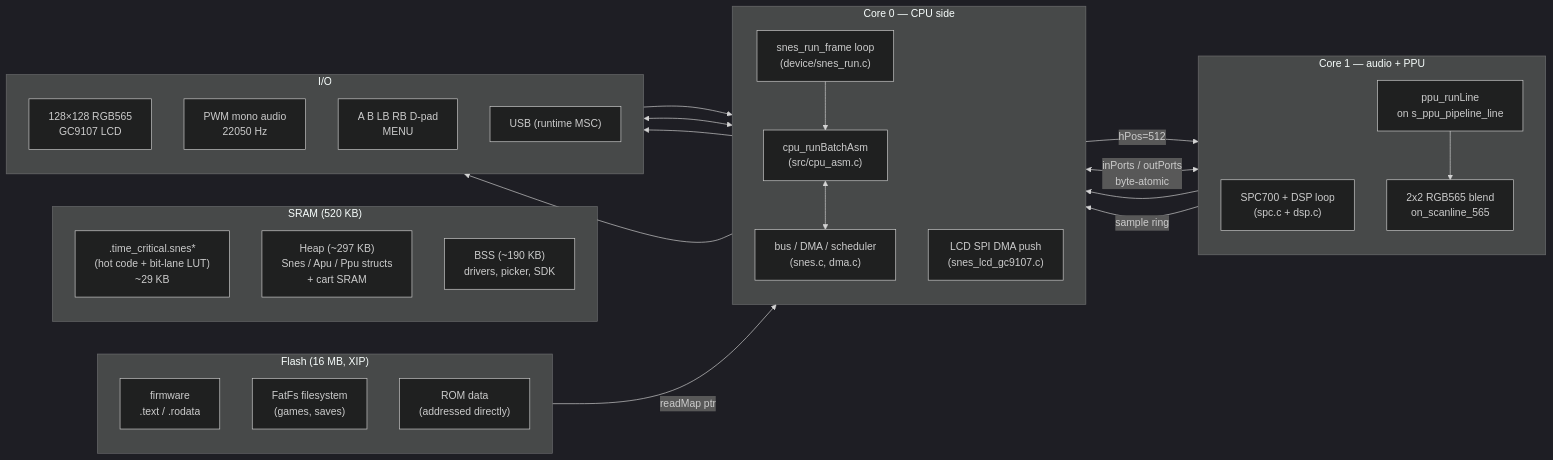
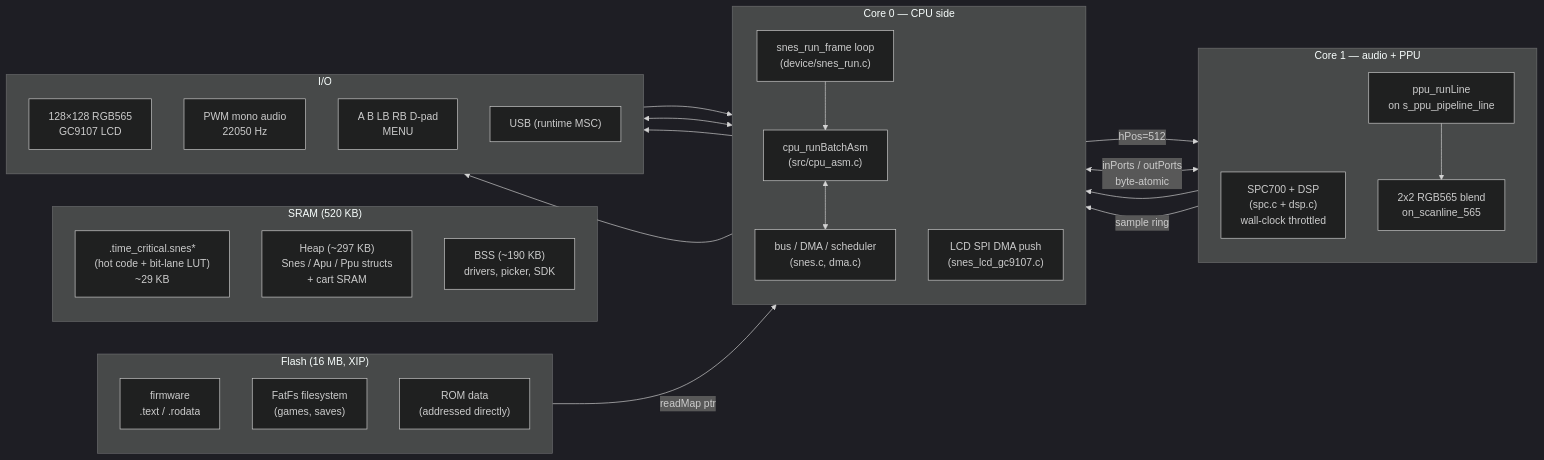
The first of 2 diagrams in README.md (austinio7116/ThumbySNES), drawn with Mermaid (dark theme) before and after one commit. The commit also changed other lines of this file and 2 other files, not shown here.

````diff
--- a/README.md
+++ b/README.md
@@ -73,52 +73,52 @@
 ```mermaid
 flowchart LR
   subgraph Flash["Flash (16 MB, XIP)"]
     direction TB
     FW["firmware<br/>.text / .rodata"]
     FS["FatFs filesystem<br/>(games, saves)"]
     ROMS["ROM data<br/>(addressed directly)"]
   end
 
   subgraph SRAM["SRAM (520 KB)"]
     direction TB
     HOTC[".time_critical.snes*<br/>(hot code + bit-lane LUT)<br/>~29 KB"]
     HEAP["Heap (~297 KB)<br/>Snes / Apu / Ppu structs<br/>+ cart SRAM"]
     BSS["BSS (~190 KB)<br/>drivers, picker, SDK"]
   end
 
   subgraph Core0["Core 0 — CPU side"]
     direction TB
     Run["snes_run_frame loop<br/>(device/snes_run.c)"]
     ASM["cpu_runBatchAsm<br/>(src/cpu_asm.c)"]
     Bus["bus / DMA / scheduler<br/>(snes.c, dma.c)"]
     LCD["LCD SPI DMA push<br/>(snes_lcd_gc9107.c)"]
   end
 
   subgraph Core1["Core 1 — audio + PPU"]
     direction TB
-    SPC["SPC700 + DSP loop<br/>(spc.c + dsp.c)"]
+    SPC["SPC700 + DSP<br/>(spc.c + dsp.c)<br/>wall-clock throttled"]
     PPU["ppu_runLine<br/>on s_ppu_pipeline_line"]
     Blend["2x2 RGB565 blend<br/>on_scanline_565"]
   end
 
   subgraph IO["I/O"]
     direction TB
     LCDDev["128×128 RGB565<br/>GC9107 LCD"]
     PWMdev["PWM mono audio<br/>22050 Hz"]
     BTNs["A B LB RB D-pad<br/>MENU"]
     USBdev["USB (runtime MSC)"]
   end
 
   ROMS -->|readMap ptr| Bus
   Run --> ASM
   ASM <--> Bus
   Bus -->|hPos=512| PPU
   Bus <-->|inPorts / outPorts<br/>byte-atomic| SPC
   PPU --> Blend
   Blend --> LCD
   LCD --> LCDDev
   SPC -->|sample ring| Run
   Run --> PWMdev
   BTNs --> Run
   USBdev <--> Run
 ```
````
